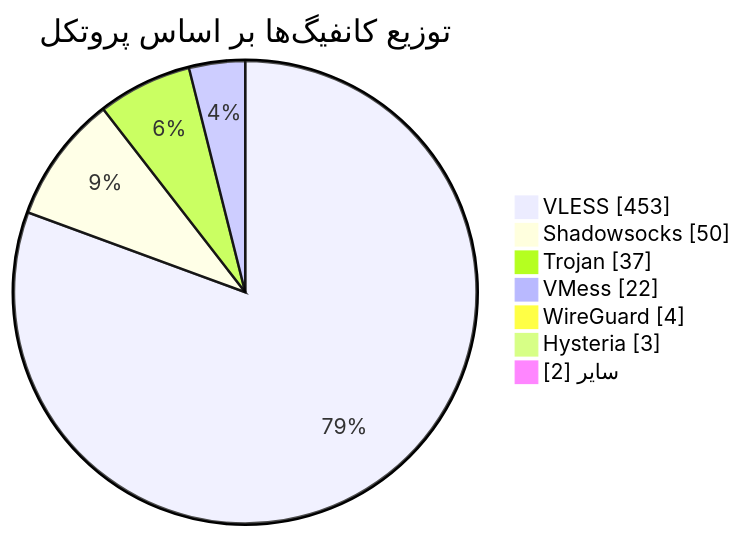
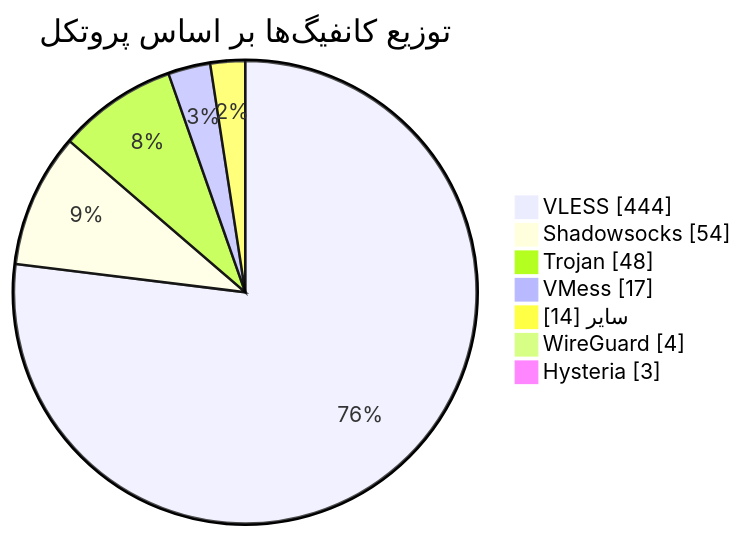
Before and after one commit to Arian-Alijani/Somthing: the diagram in README.md, drawn with Mermaid. The commit also changed other lines of this file and 19 other files, not shown here.

````diff
--- a/README.md
+++ b/README.md
@@ -49,11 +49,11 @@
 ```mermaid
 pie showData
     title توزیع کانفیگ‌ها بر اساس پروتکل
-    "VLESS" : 453
-    "Shadowsocks" : 50
-    "Trojan" : 37
-    "VMess" : 22
+    "VLESS" : 444
+    "Shadowsocks" : 54
+    "Trojan" : 48
+    "VMess" : 17
+    "سایر" : 14
     "WireGuard" : 4
     "Hysteria" : 3
-    "سایر" : 2
 ```
````
